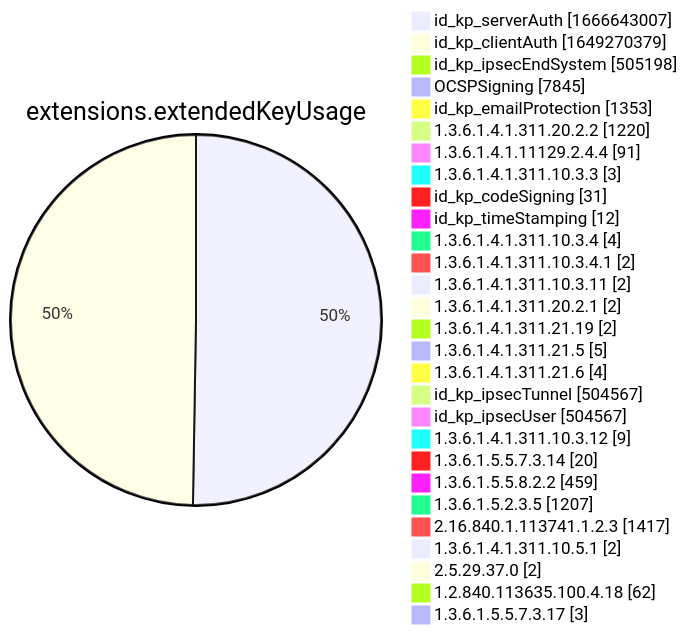
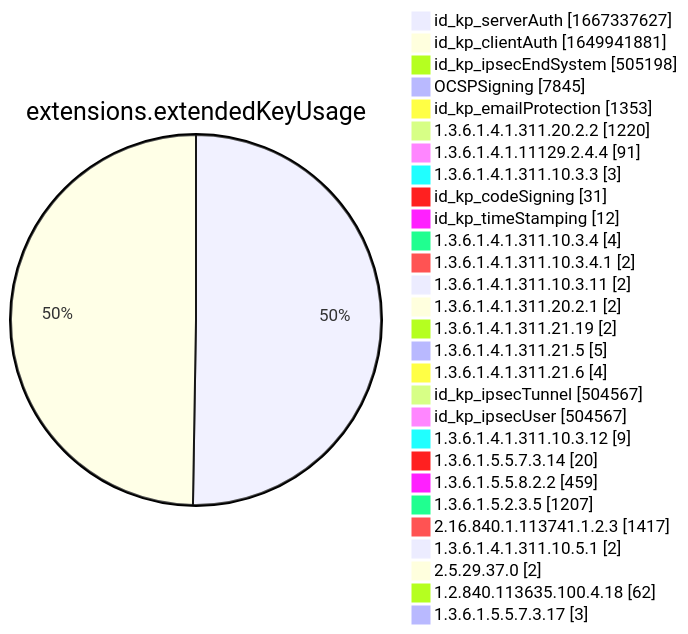
Diagram 12 of 15 in xenon2022/README.md (christiankrug/ctmonitor_visualization), drawn with Mermaid before and after one commit. The commit also changed other lines of this file, not shown here.

````diff
--- a/xenon2022/README.md
+++ b/xenon2022/README.md
@@ -3887,32 +3887,32 @@
 ```mermaid
 pie showData
 title extensions.extendedKeyUsage
-"id_kp_serverAuth" :1666643007
-"id_kp_clientAuth" :1649270379
+"id_kp_serverAuth" :1667337627
+"id_kp_clientAuth" :1649941881
 "id_kp_ipsecEndSystem" :505198
 "OCSPSigning" :7845
 "id_kp_emailProtection" :1353
 "1.3.6.1.4.1.311.20.2.2" :1220
 "1.3.6.1.4.1.11129.2.4.4" :91
 "1.3.6.1.4.1.311.10.3.3" :3
 "id_kp_codeSigning" :31
 "id_kp_timeStamping" :12
 "1.3.6.1.4.1.311.10.3.4" :4
 "1.3.6.1.4.1.311.10.3.4.1" :2
 "1.3.6.1.4.1.311.10.3.11" :2
 "1.3.6.1.4.1.311.20.2.1" :2
 "1.3.6.1.4.1.311.21.19" :2
 "1.3.6.1.4.1.311.21.5" :5
 "1.3.6.1.4.1.311.21.6" :4
 "id_kp_ipsecTunnel" :504567
 "id_kp_ipsecUser" :504567
 "1.3.6.1.4.1.311.10.3.12" :9
 "1.3.6.1.5.5.7.3.14" :20
 "1.3.6.1.5.5.8.2.2" :459
 "1.3.6.1.5.2.3.5" :1207
 "2.16.840.1.113741.1.2.3" :1417
 "1.3.6.1.4.1.311.10.5.1" :2
 "2.5.29.37.0" :2
 "1.2.840.113635.100.4.18" :62
 "1.3.6.1.5.5.7.3.17" :3
 ```
````
